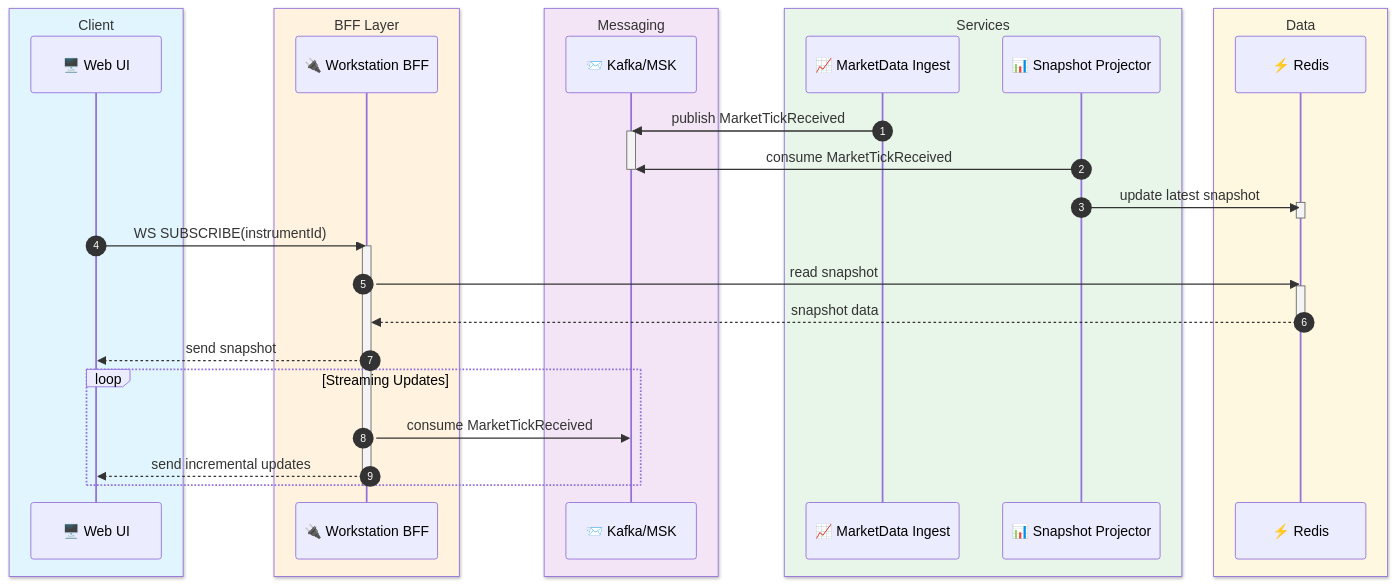
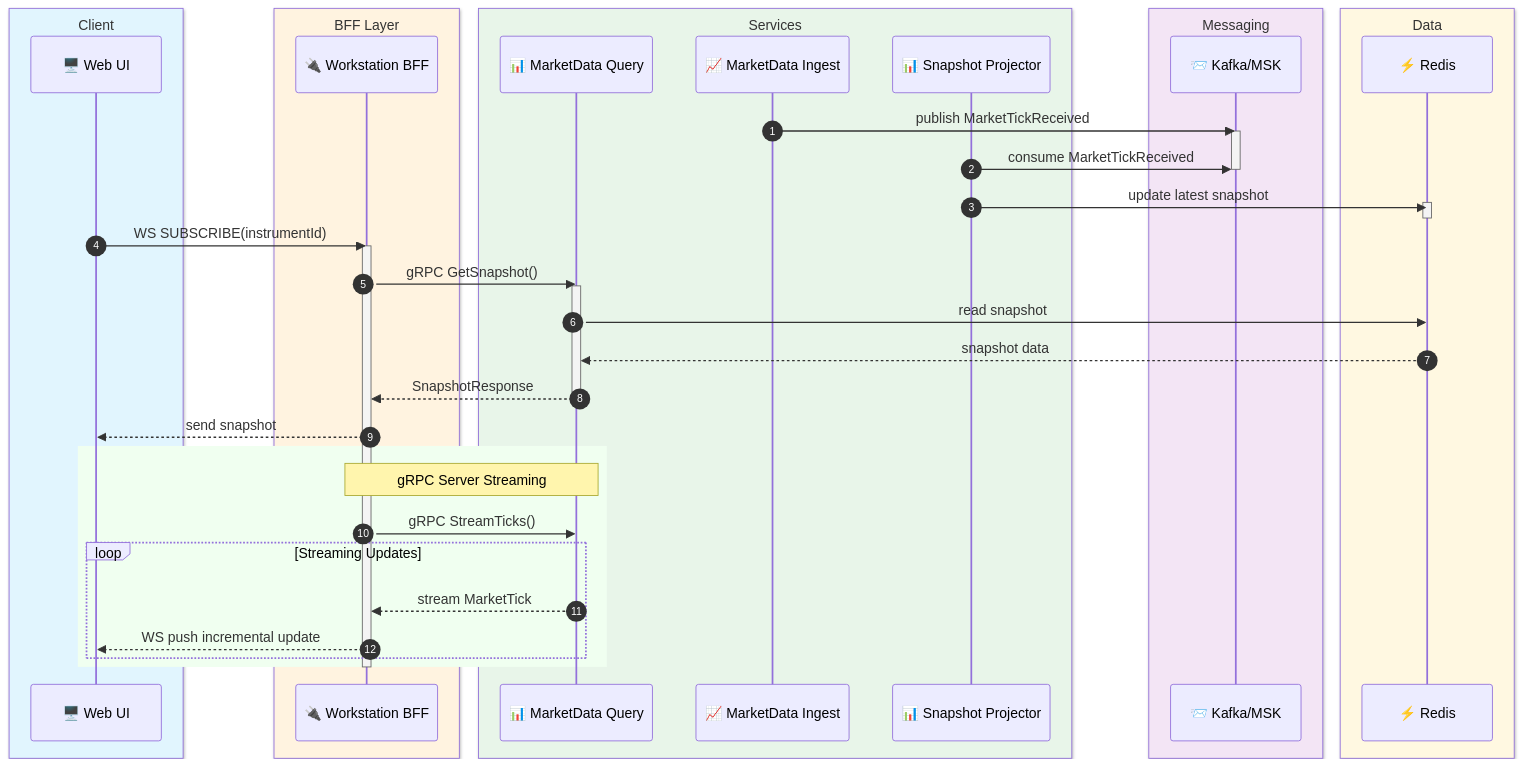
One commit to oladejiayo/Orion changed the third of 4 diagrams in PRD.md. Above: the diagram before and after it, drawn with Mermaid. The commit also changed other lines of this file and 1 other file, not shown here.

First line of the commit message:
feat: introduce gRPC for internal service communication

````diff
--- a/PRD.md
+++ b/PRD.md
@@ -1012,42 +1121,49 @@
 ```mermaid
 sequenceDiagram
   autonumber
   box rgb(225, 245, 254) Client
     participant UI as 🖥️ Web UI
   end
   box rgb(255, 243, 224) BFF Layer
     participant BFF as 🔌 Workstation BFF
   end
+  box rgb(232, 245, 233) Services
+    participant MDQ as 📊 MarketData Query
+    participant ING as 📈 MarketData Ingest
+    participant PROJ as 📊 Snapshot Projector
+  end
   box rgb(243, 229, 245) Messaging
     participant K as 📨 Kafka/MSK
-  end
-  box rgb(232, 245, 233) Services
-    participant ING as 📈 MarketData Ingest
-    participant PROJ as 📊 Snapshot Projector
   end
   box rgb(255, 248, 225) Data
     participant R as ⚡ Redis
   end
 
   ING->>K: publish MarketTickReceived
   activate K
   PROJ->>K: consume MarketTickReceived
   deactivate K
   PROJ->>R: update latest snapshot
   activate R
   deactivate R
 
   UI->>BFF: WS SUBSCRIBE(instrumentId)
   activate BFF
-  BFF->>R: read snapshot
-  activate R
-  R-->>BFF: snapshot data
-  deactivate R
+  BFF->>MDQ: gRPC GetSnapshot()
+  activate MDQ
+  MDQ->>R: read snapshot
+  R-->>MDQ: snapshot data
+  MDQ-->>BFF: SnapshotResponse
+  deactivate MDQ
   BFF-->>UI: send snapshot
 
-  loop Streaming Updates
-    BFF->>K: consume MarketTickReceived
-    BFF-->>UI: send incremental updates
+  rect rgb(240, 255, 240)
+    Note over BFF,MDQ: gRPC Server Streaming
+    BFF->>MDQ: gRPC StreamTicks()
+    loop Streaming Updates
+      MDQ-->>BFF: stream MarketTick
+      BFF-->>UI: WS push incremental update
+    end
   end
   deactivate BFF
 ```
````
